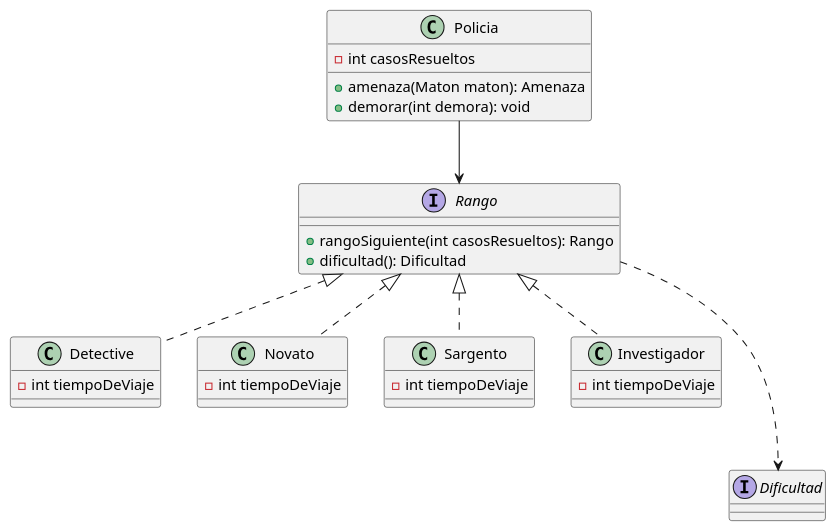
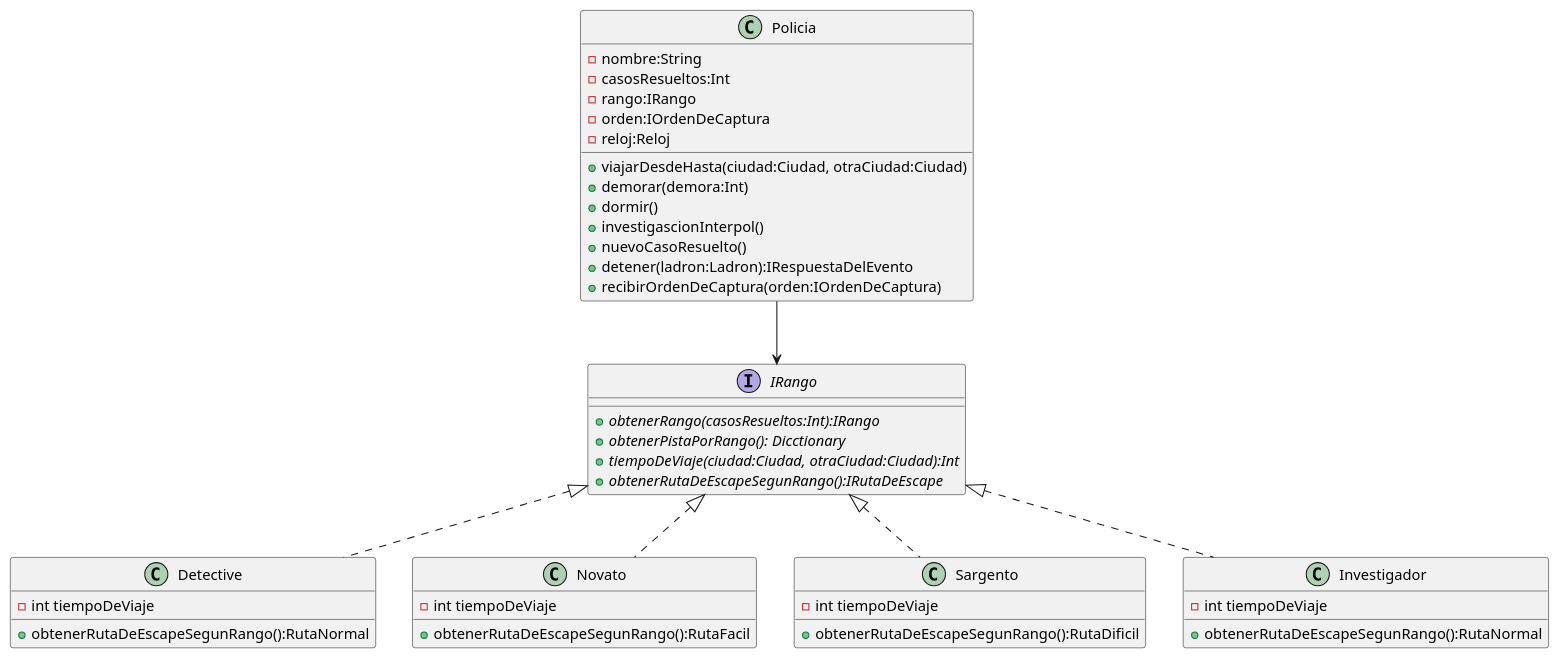
Before and after one commit to SeleneMartinez/Algo3_AlgoThief: the diagram in diagrams/classes/dc_policia.plantuml, drawn with PlantUML. The commit also changed 2 other files, not shown here.

Commit message:
correccion dc_respuestasEvento, policia y ruta escape

```diff
--- a/diagrams/classes/dc_policia.plantuml
+++ b/diagrams/classes/dc_policia.plantuml
@@ -1,41 +1,54 @@
 @startuml
 class Policia
 {
-    - int casosResueltos
-    + amenaza(Maton maton): Amenaza
-    + demorar(int demora): void
+    - nombre:String 
+    - casosResueltos:Int 
+    - rango:IRango 
+    - orden:IOrdenDeCaptura 
+    - reloj:Reloj 
+    + viajarDesdeHasta(ciudad:Ciudad, otraCiudad:Ciudad)
+    + demorar(demora:Int)
+    + dormir()
+    + investigascionInterpol()
+    + nuevoCasoResuelto()
+    + detener(ladron:Ladron):IRespuestaDelEvento
+    + recibirOrdenDeCaptura(orden:IOrdenDeCaptura)
+
 }
-interface Rango
+interface IRango
 {
-    + rangoSiguiente(int casosResueltos): Rango
-    +dificultad(): Dificultad
+    + {abstract} obtenerRango(casosResueltos:Int):IRango
+    + {abstract} obtenerPistaPorRango(): Dicctionary
+    + {abstract} tiempoDeViaje(ciudad:Ciudad, otraCiudad:Ciudad):Int
+    + {abstract} obtenerRutaDeEscapeSegunRango():IRutaDeEscape
 }
 
 class Detective
 {
     -int tiempoDeViaje
+    + obtenerRutaDeEscapeSegunRango():RutaNormal
 }
 class Novato
 {
     -int tiempoDeViaje
+    + obtenerRutaDeEscapeSegunRango():RutaFacil
 }
 class Sargento
 {
     -int tiempoDeViaje
+    + obtenerRutaDeEscapeSegunRango():RutaDificil
 }
 class Investigador
 {
     -int tiempoDeViaje
+    + obtenerRutaDeEscapeSegunRango():RutaNormal
 }
 
-interface Dificultad
-{
-}
 
-Policia -->Rango
-Rango <|..Investigador
-Rango <|..Sargento
-Rango <|.. Detective
-Rango <|..Novato
-Rango ...> Dificultad
+Policia -->IRango
+IRango <|..Investigador
+IRango <|..Sargento
+IRango <|.. Detective
+IRango <|..Novato
+
 @enduml
```
